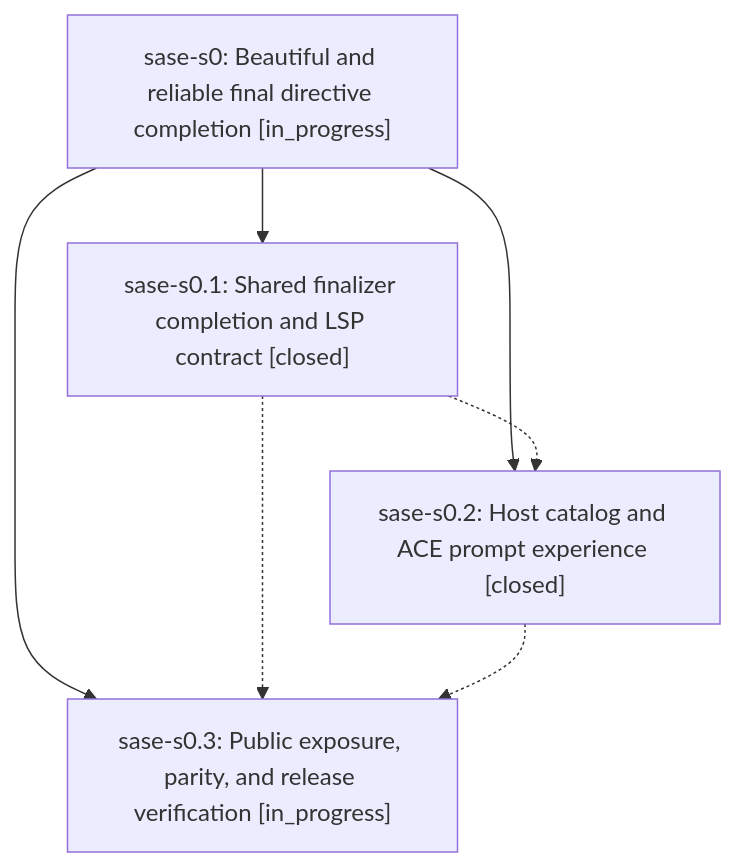
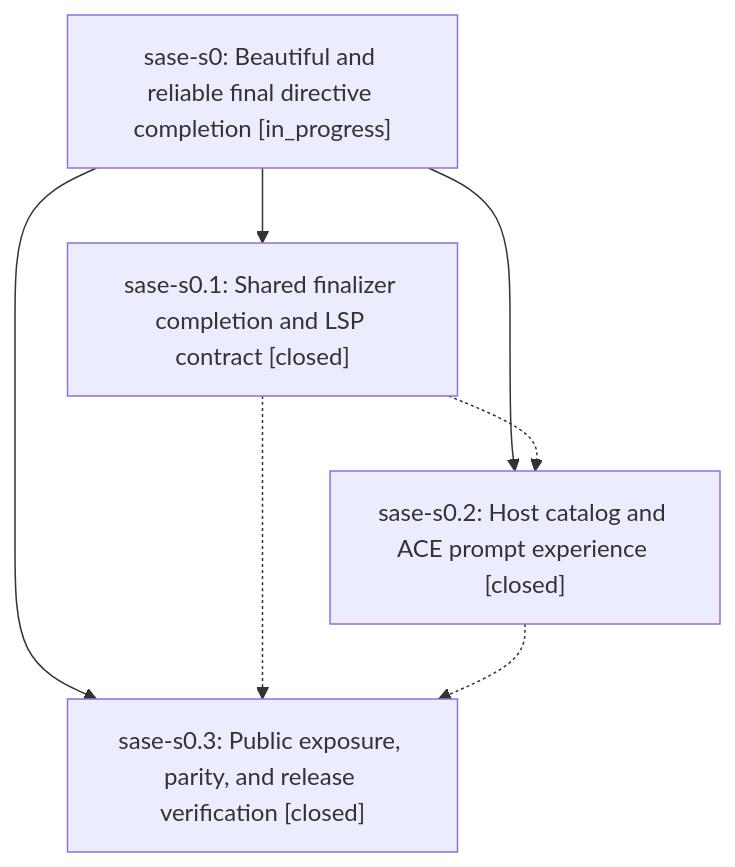
One commit to sase-org/sase--beads changed the diagram in pages/sase-s0/README.md. Above: the diagram before and after it, drawn with Mermaid. The commit also changed other lines of this file and 3 other files, not shown here.

````diff
--- a/pages/sase-s0/README.md
+++ b/pages/sase-s0/README.md
@@ -24,13 +24,13 @@
 ```mermaid
 flowchart TD
     n0["sase-s0: Beautiful and reliable final directive completion [in_progress]"]
     n1["sase-s0.1: Shared finalizer completion and LSP contract [closed]"]
     n2["sase-s0.2: Host catalog and ACE prompt experience [closed]"]
-    n3["sase-s0.3: Public exposure, parity, and release verification [in_progress]"]
+    n3["sase-s0.3: Public exposure, parity, and release verification [closed]"]
     n0 --> n1
     n0 --> n2
     n0 --> n3
     n1 -.-> n2
     n1 -.-> n3
     n2 -.-> n3
 ```
````
